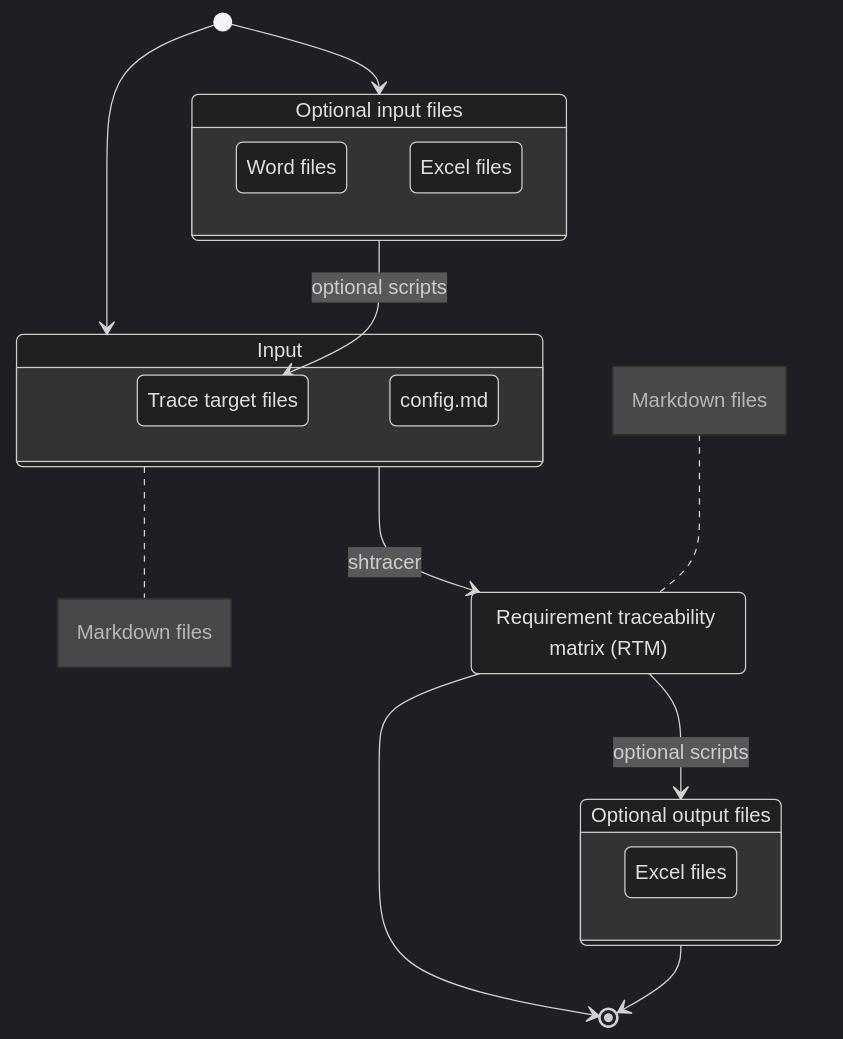
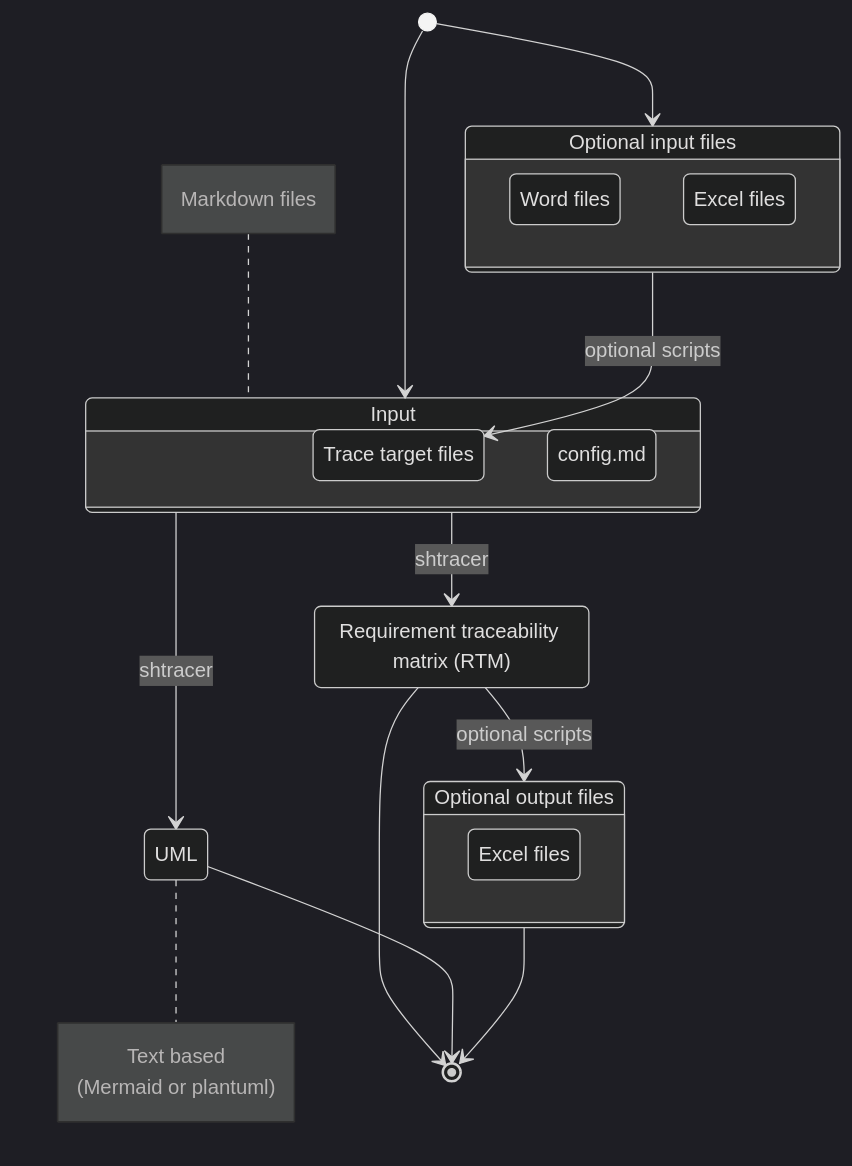
Before and after one commit to qq3g7bad/shtracer: the first of 2 diagrams in README.md, drawn with Mermaid (dark theme). The commit also changed other lines of this file, not shown here.

````diff
--- a/README.md
+++ b/README.md
@@ -12,38 +12,43 @@
 ```mermaid
 stateDiagram
 
 rtm:Requirement traceability matrix (RTM)
+uml:UML
 
 input:Input
 opt_input:Optional input files
 opt_output:Optional output files
 
 state input {
   targetfiles:Trace target files
   config:config.md
 }
 state opt_input {
   wordinput:Word files
   excelinput:Excel files
 }
 state opt_output {
   exceloutput:Excel files
 }
 
-note right of input
+note left of input
   Markdown files
+end note
+
+note right of uml
+  Text based
+  (Mermaid or plantuml)
 end note
 
 [*] --> input
 [*] --> opt_input
 opt_input --> targetfiles : optional scripts
 
 input --> rtm : shtracer
-note left of rtm
-  Markdown files
-end note
+input --> uml : shtracer
 
 rtm --> [*]
+uml --> [*]
 rtm --> opt_output : optional scripts
 opt_output --> [*]
 ```
````
